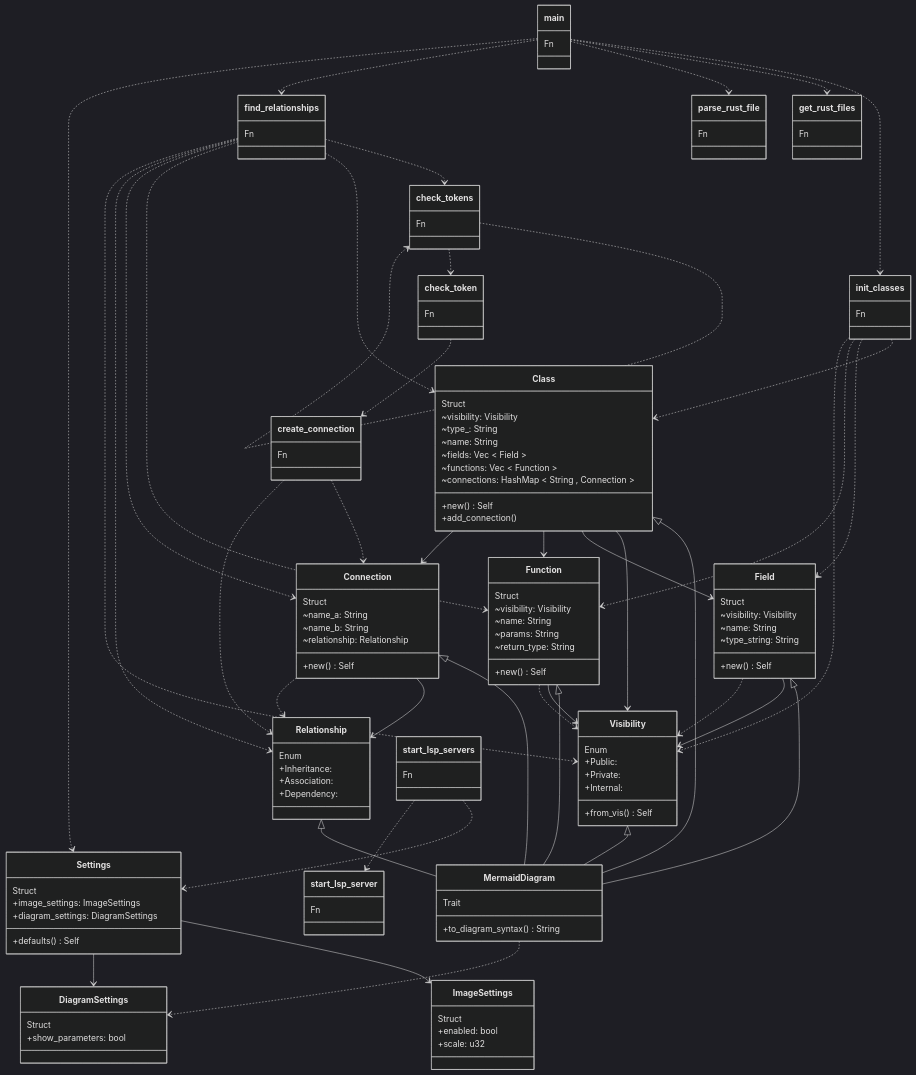
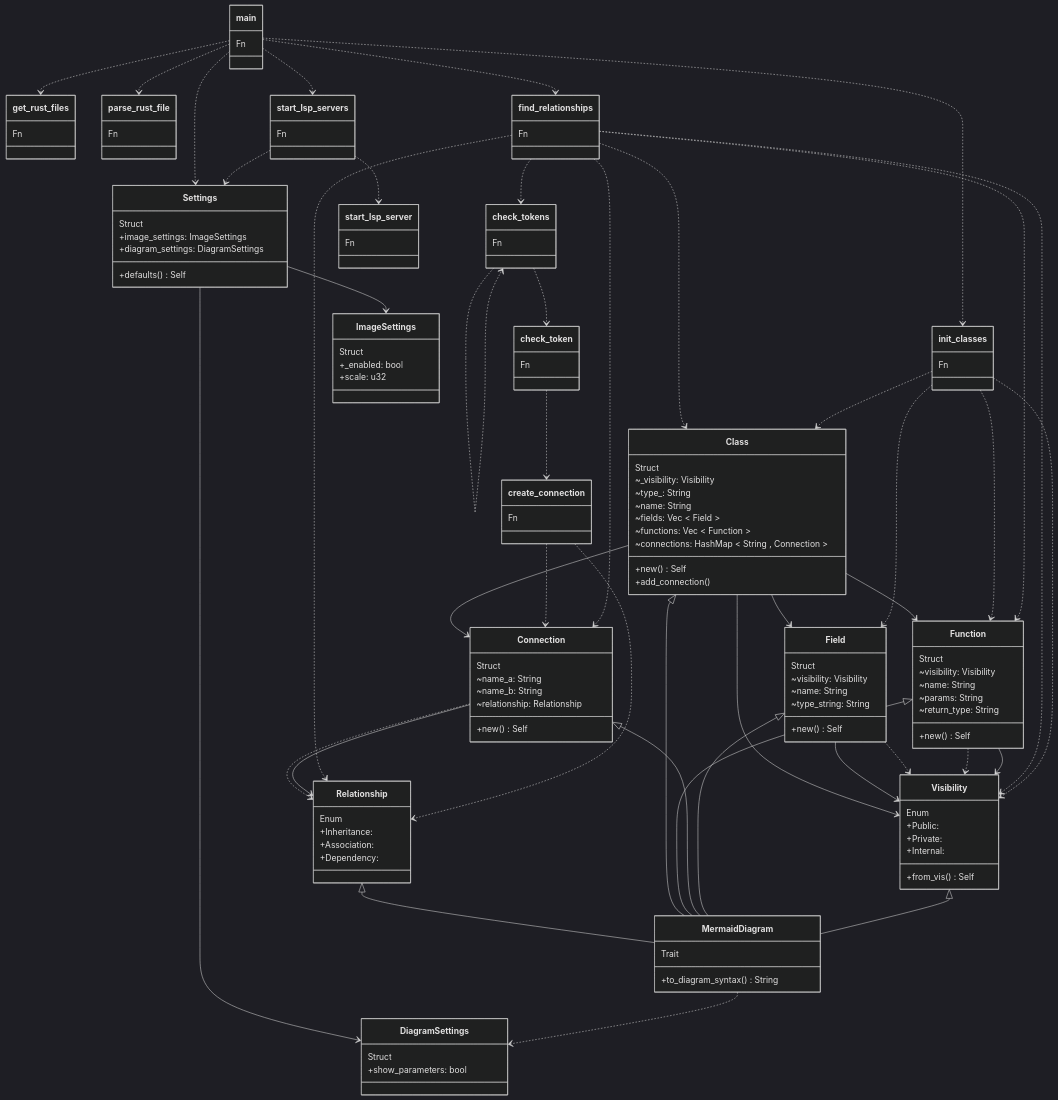
Before and after one commit to gusjengis/mermaid-class-diagrams: the diagram in diagram.mmd, drawn with Mermaid (dark theme). The commit also changed 10 other files, not shown here.

```diff
--- a/diagram.mmd
+++ b/diagram.mmd
@@ -1,177 +1,178 @@
 classDiagram
 
 class init_classes {
 Fn
 }
 
 main ..> init_classes
 
 class get_rust_files {
 Fn
 }
 
 main ..> get_rust_files
 
 class parse_rust_file {
 Fn
 }
 
 main ..> parse_rust_file
 
 class MermaidDiagram {
 Trait
 +to_diagram_syntax() String
 }
 
+Relationship <|-- MermaidDiagram
+Class <|-- MermaidDiagram
+Function <|-- MermaidDiagram
 Connection <|-- MermaidDiagram
-Function <|-- MermaidDiagram
 Field <|-- MermaidDiagram
-Class <|-- MermaidDiagram
 Visibility <|-- MermaidDiagram
-Relationship <|-- MermaidDiagram
 
 class find_relationships {
 Fn
 }
 
 main ..> find_relationships
 
 class check_tokens {
 Fn
 }
 
 check_tokens ..> check_tokens
 find_relationships ..> check_tokens
 
 class check_token {
 Fn
 }
 
 check_tokens ..> check_token
 
 class create_connection {
 Fn
 }
 
 check_token ..> create_connection
 
 class Class {
 Struct
-~visibility: Visibility
+~_visibility: Visibility
 ~type_: String
 ~name: String
 ~fields: Vec < Field >
 ~functions: Vec < Function >
 ~connections: HashMap < String , Connection >
 +new() Self
 +add_connection() 
 }
 
+Class --> Function
 Class --> Visibility
+find_relationships ..> Class
 Class --> Field
 init_classes ..> Class
-find_relationships ..> Class
-Class --> Function
 Class --> Connection
 
 class Field {
 Struct
 ~visibility: Visibility
 ~name: String
 ~type_string: String
 +new() Self
 }
 
-init_classes ..> Field
 Field --> Visibility
 Field ..> Visibility
+init_classes ..> Field
 
 class Function {
 Struct
 ~visibility: Visibility
 ~name: String
 ~params: String
 ~return_type: String
 +new() Self
 }
 
 init_classes ..> Function
+Function ..> Visibility
 Function --> Visibility
 find_relationships ..> Function
-Function ..> Visibility
 
 class Connection {
 Struct
 ~name_a: String
 ~name_b: String
 ~relationship: Relationship
 +new() Self
 }
 
-Connection --> Relationship
-find_relationships ..> Connection
 Connection ..> Relationship
 create_connection ..> Connection
+find_relationships ..> Connection
+Connection --> Relationship
 
 class Relationship {
 Enum
 +Inheritance: 
 +Association: 
 +Dependency: 
 }
 
+find_relationships ..> Relationship
 create_connection ..> Relationship
-find_relationships ..> Relationship
 
 class Visibility {
 Enum
 +Public: 
 +Private: 
 +Internal: 
 +from_vis() Self
 }
 
 find_relationships ..> Visibility
 init_classes ..> Visibility
 
 class Settings {
 Struct
 +image_settings: ImageSettings
 +diagram_settings: DiagramSettings
 +defaults() Self
 }
 
 main ..> Settings
+Settings --> DiagramSettings
 Settings --> ImageSettings
-Settings --> DiagramSettings
 start_lsp_servers ..> Settings
 
 class ImageSettings {
 Struct
-+enabled: bool
++_enabled: bool
 +scale: u32
 }
 
 
 class DiagramSettings {
 Struct
 +show_parameters: bool
 }
 
 MermaidDiagram ..> DiagramSettings
 
 class main {
 Fn
 }
 
 
 class start_lsp_servers {
 Fn
 }
 
+main ..> start_lsp_servers
 
 class start_lsp_server {
 Fn
 }
 
 start_lsp_servers ..> start_lsp_server
```
